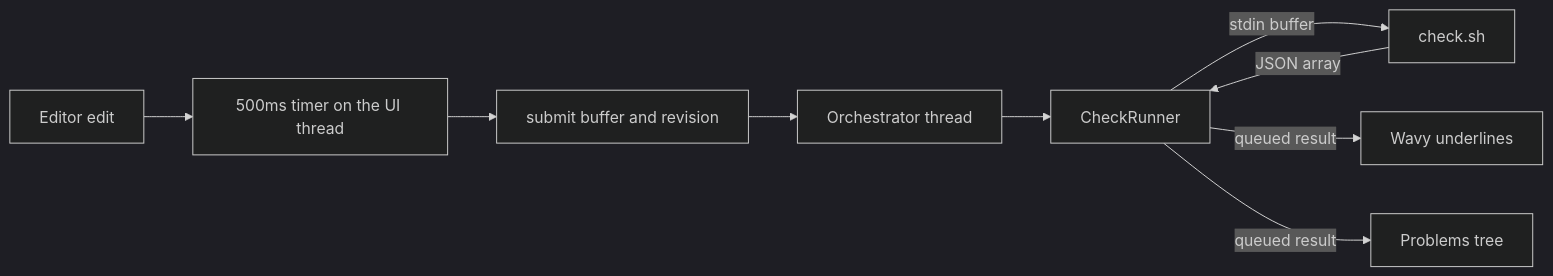
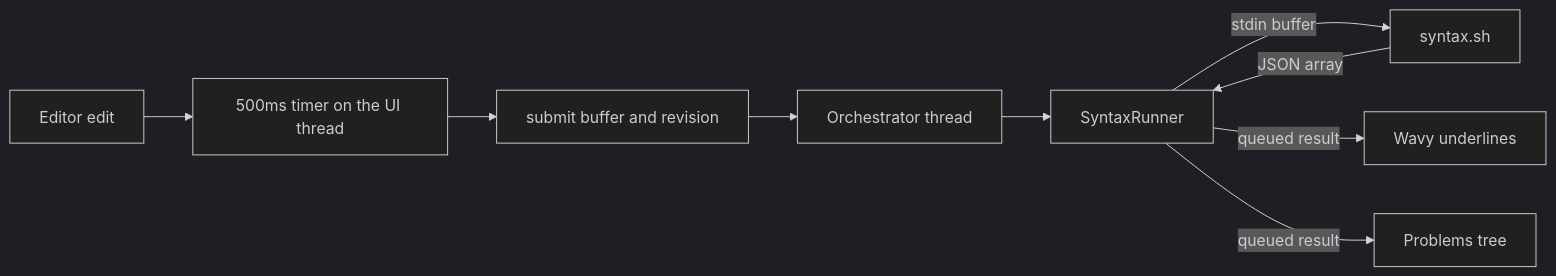
The diagram in docs/diagnostics.md (chrisaliotta/CRLF), drawn with Mermaid (dark theme) before and after one commit. The commit also changed other lines of this file and 24 other files, not shown here.

First line of the commit message:
Refactor: Replace CheckRunner with SyntaxRunner and update related functionalities

````diff
--- a/docs/diagnostics.md
+++ b/docs/diagnostics.md
@@ -28,11 +28,11 @@
 ```mermaid
 flowchart LR
   edit[Editor edit] --> debounce[500ms timer on the UI thread]
   debounce --> submit[submit buffer and revision]
   submit --> orch[Orchestrator thread]
-  orch --> runner[CheckRunner]
-  runner -->|stdin buffer| script[check.sh]
+  orch --> runner[SyntaxRunner]
+  runner -->|stdin buffer| script[syntax.sh]
   script -->|JSON array| runner
   runner -->|queued result| marks[Wavy underlines]
   runner -->|queued result| tree[Problems tree]
 ```
````
